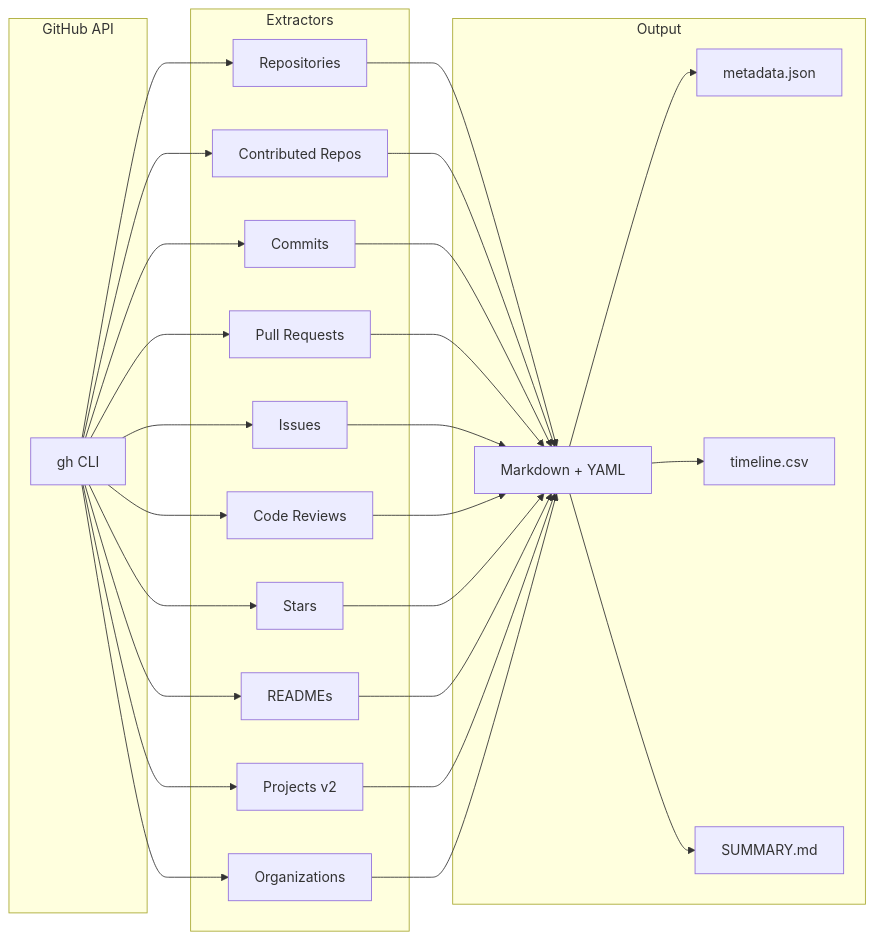
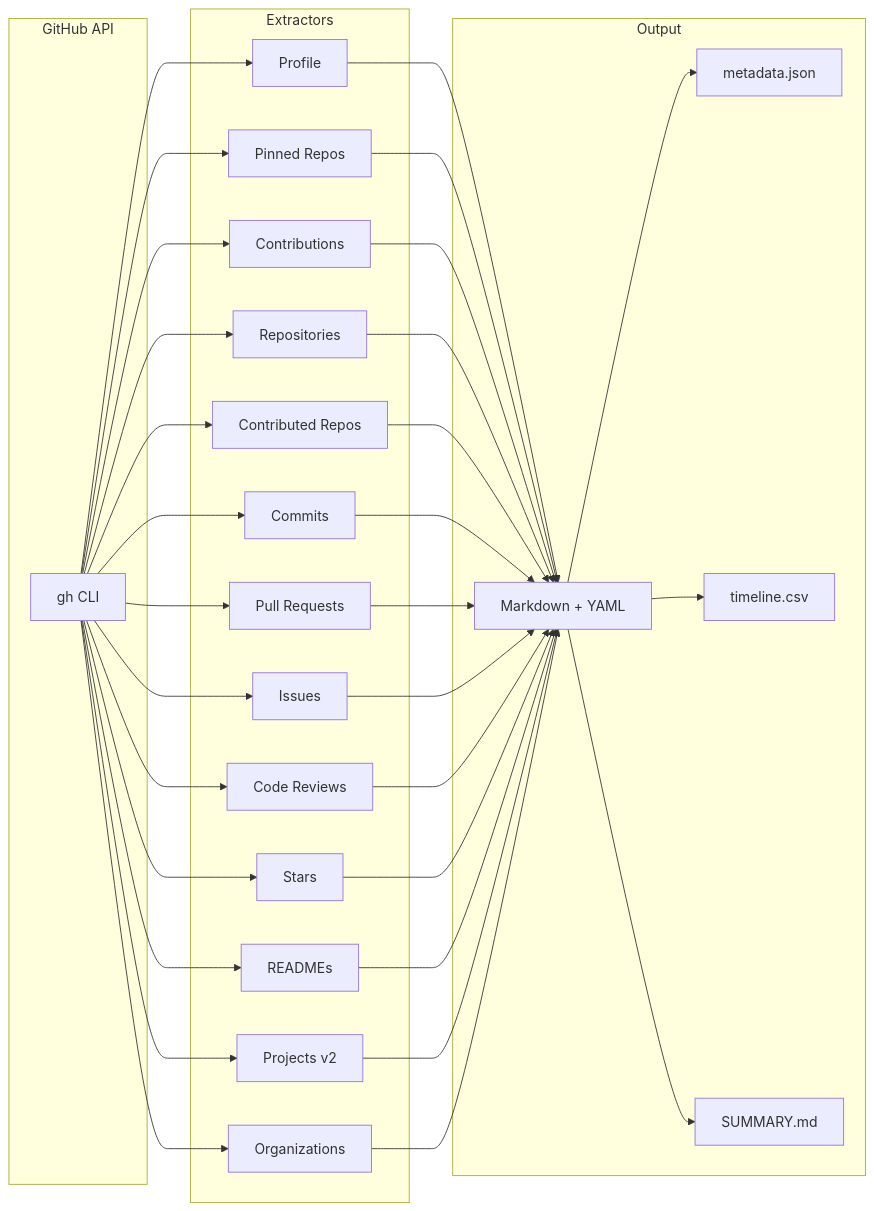
The first of 3 diagrams in README.md (SukbeomH/Acta-Ergo-Sum), drawn with Mermaid before and after one commit. The commit also changed other lines of this file and 3 other files, not shown here.

````diff
--- a/README.md
+++ b/README.md
@@ -16,30 +21,33 @@
 ```mermaid
 graph LR
     subgraph GitHub API
         GH[gh CLI]
     end
 
     subgraph Extractors
+        PRF[Profile]
+        PIN[Pinned Repos]
+        CAL[Contributions]
         R[Repositories]
         CR[Contributed Repos]
         C[Commits]
         PR[Pull Requests]
         I[Issues]
         RV[Code Reviews]
         S[Stars]
         RM[READMEs]
         P[Projects v2]
         O[Organizations]
     end
 
     subgraph Output
         MD[Markdown + YAML]
         JSON[metadata.json]
         CSV[timeline.csv]
         SUM[SUMMARY.md]
     end
 
-    GH --> R & CR & C & PR & I & RV & S & RM & P & O
-    R & CR & C & PR & I & RV & S & RM & P & O --> MD
+    GH --> PRF & PIN & CAL & R & CR & C & PR & I & RV & S & RM & P & O
+    PRF & PIN & CAL & R & CR & C & PR & I & RV & S & RM & P & O --> MD
     MD --> JSON & CSV & SUM
 ```
````
